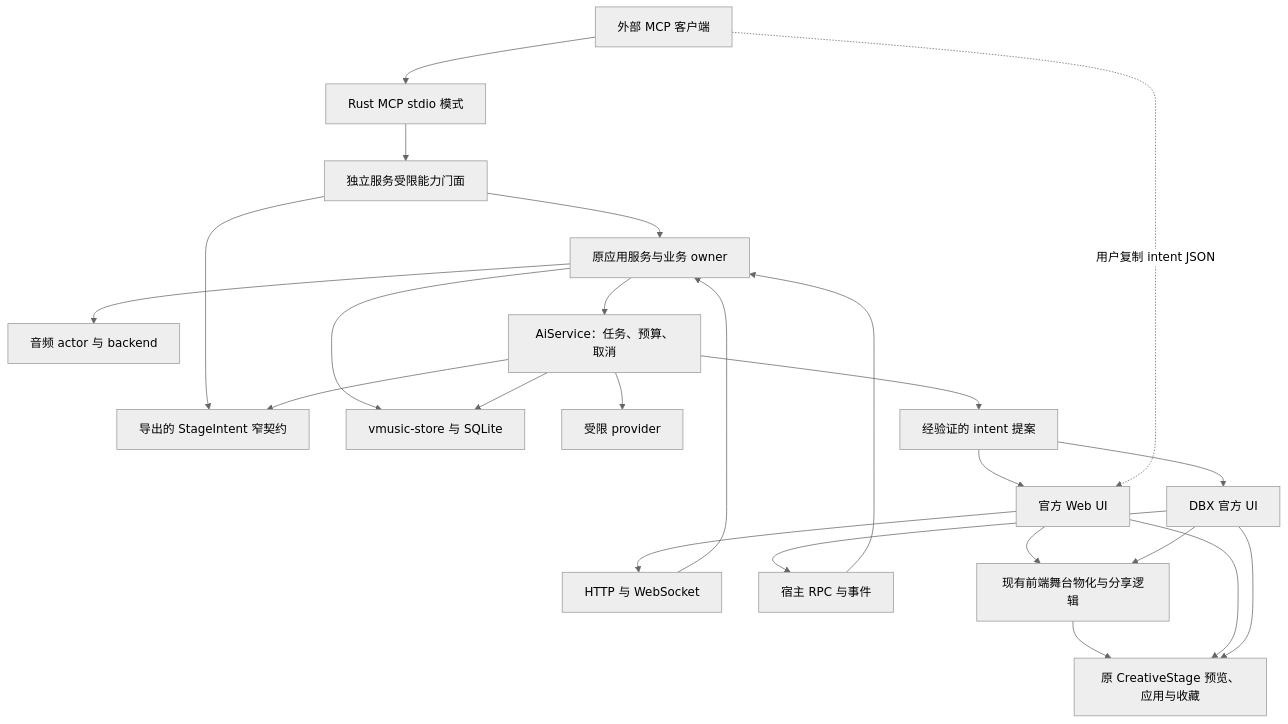
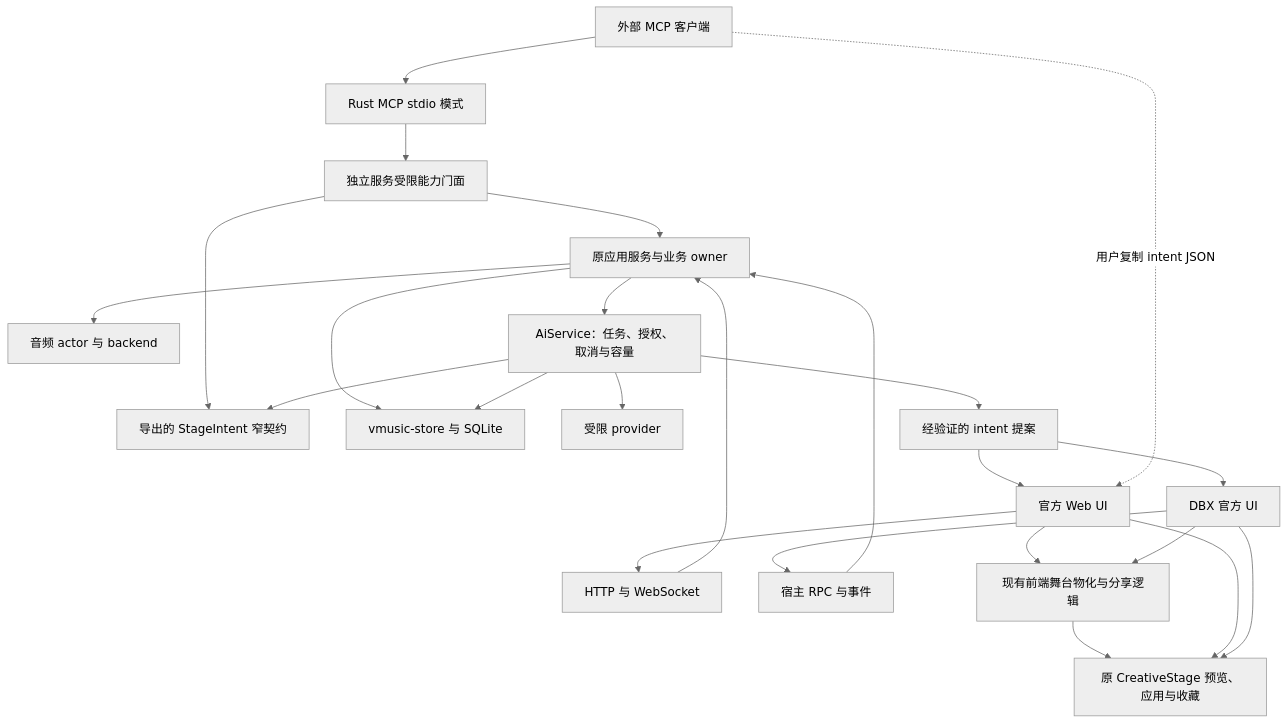
The first of 2 diagrams in docs/technical-roadmap.md (onceMisery/hertz-studio), drawn with Mermaid (neutral theme) before and after one commit. The commit also changed other lines of this file and 104 other files, not shown here.

````diff
--- a/docs/technical-roadmap.md
+++ b/docs/technical-roadmap.md
@@ -52,26 +54,26 @@
 ```mermaid
 flowchart TD
   MCP[外部 MCP 客户端] --> AD[Rust MCP stdio 模式]
   AD --> CP[独立服务受限能力门面]
   CP --> CONTRACT[导出的 StageIntent 窄契约]
   WEB[官方 Web UI] --> HTTP[HTTP 与 WebSocket]
   DBX[DBX 官方 UI] --> RPC[宿主 RPC 与事件]
   HTTP --> APP[原应用服务与业务 owner]
   RPC --> APP
   CP --> APP
   APP --> AUDIO[音频 actor 与 backend]
   APP --> STORE[vmusic-store 与 SQLite]
-  APP --> AI[AiService：任务、预算、取消]
+  APP --> AI[AiService：任务、授权、取消与容量]
   AI --> MODEL[受限 provider]
   AI --> CONTRACT
   AI --> STORE
   AI --> PROP[经验证的 intent 提案]
   PROP --> WEB
   PROP --> DBX
   WEB --> PURE[现有前端舞台物化与分享逻辑]
   DBX --> PURE
   PURE --> LIVE
   MCP -. 用户复制 intent JSON .-> WEB
   WEB --> LIVE[原 CreativeStage 预览、应用与收藏]
   DBX --> LIVE
 ```
````
